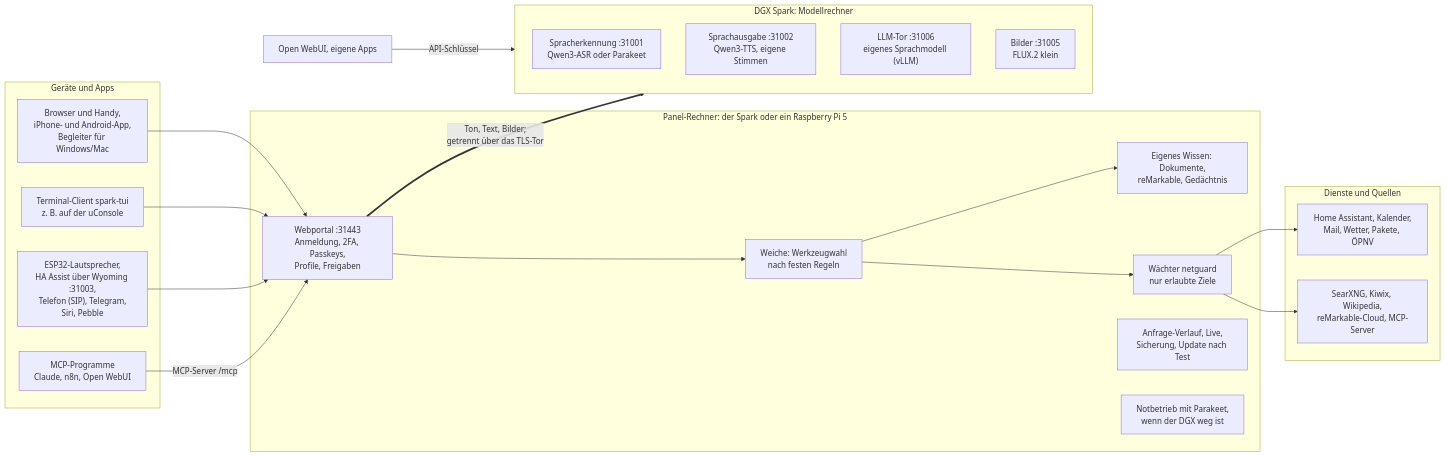
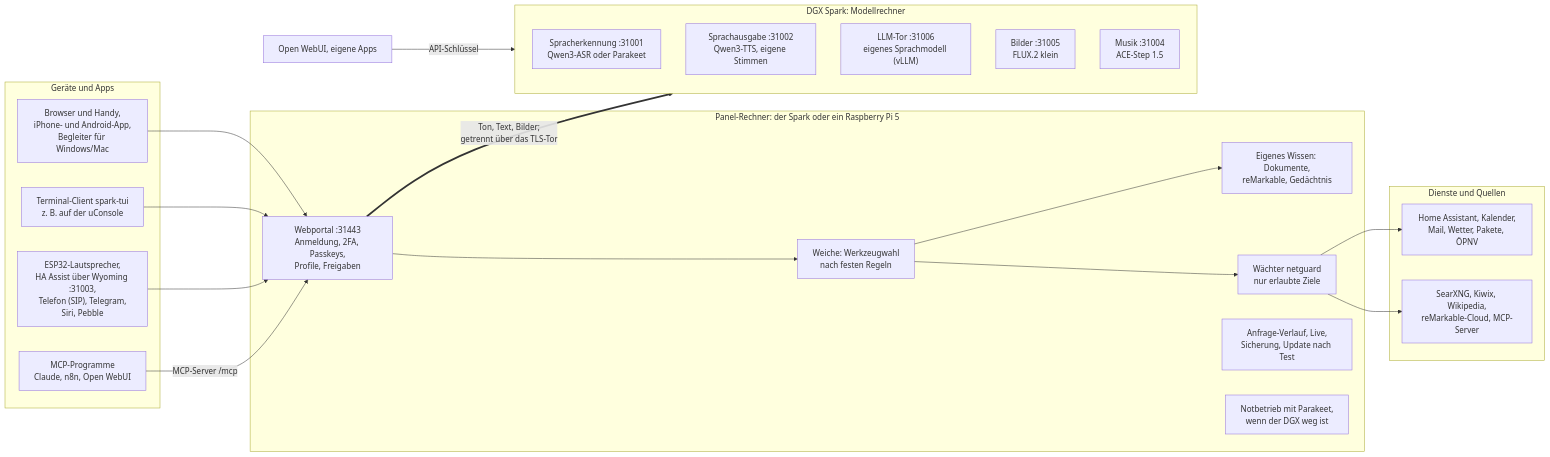
The diagram in README.de.md (db9979/speech-on-dgx-spark), drawn with Mermaid before and after one commit. The commit also changed other lines of this file and 46 other files, not shown here.

First line of the commit message:
V01.0.670 Musik machen, Stufe M0: ACE-Step 1.5 auf dem Spark, der Admin misst mit „Musik testen“

````diff
--- a/README.de.md
+++ b/README.de.md
@@ -58,39 +58,40 @@
 ```mermaid
 flowchart LR
   subgraph Clients["Geräte und Apps"]
     B["Browser und Handy,<br/>iPhone- und Android-App,<br/>Begleiter für Windows/Mac"]
     T["Terminal-Client spark-tui<br/>z. B. auf der uConsole"]
     X["ESP32-Lautsprecher,<br/>HA Assist über Wyoming :31003,<br/>Telefon (SIP), Telegram,<br/>Siri, Pebble"]
     M["MCP-Programme<br/>Claude, n8n, Open WebUI"]
   end
   subgraph Panel["Panel-Rechner: der Spark oder ein Raspberry Pi 5"]
     G["Webportal :31443<br/>Anmeldung, 2FA, Passkeys,<br/>Profile, Freigaben"]
     R["Weiche: Werkzeugwahl<br/>nach festen Regeln"]
     K["Eigenes Wissen: Dokumente,<br/>reMarkable, Gedächtnis"]
     S["Wächter netguard<br/>nur erlaubte Ziele"]
     LOG["Anfrage-Verlauf, Live,<br/>Sicherung, Update nach Test"]
     NB["Notbetrieb mit Parakeet,<br/>wenn der DGX weg ist"]
   end
   subgraph Spark["DGX Spark: Modellrechner"]
     ASR["Spracherkennung :31001<br/>Qwen3-ASR oder Parakeet"]
     TTS["Sprachausgabe :31002<br/>Qwen3-TTS, eigene Stimmen"]
     LLM["LLM-Tor :31006<br/>eigenes Sprachmodell (vLLM)"]
     IMG["Bilder :31005<br/>FLUX.2 klein"]
+    MUS["Musik :31004<br/>ACE-Step 1.5"]
   end
   subgraph Out["Dienste und Quellen"]
     E["Home Assistant, Kalender,<br/>Mail, Wetter, Pakete, ÖPNV"]
     Q["SearXNG, Kiwix, Wikipedia,<br/>reMarkable-Cloud, MCP-Server"]
   end
   A["Open WebUI, eigene Apps"]
   B --> G
   T --> G
   X --> G
   M -->|"MCP-Server /mcp"| G
   G --> R
   R --> K
   R --> S
   S --> E
   S --> Q
   G ==>|"Ton, Text, Bilder;<br/>getrennt über das TLS-Tor"| Spark
   A -->|"API-Schlüssel"| Spark
 ```
````
